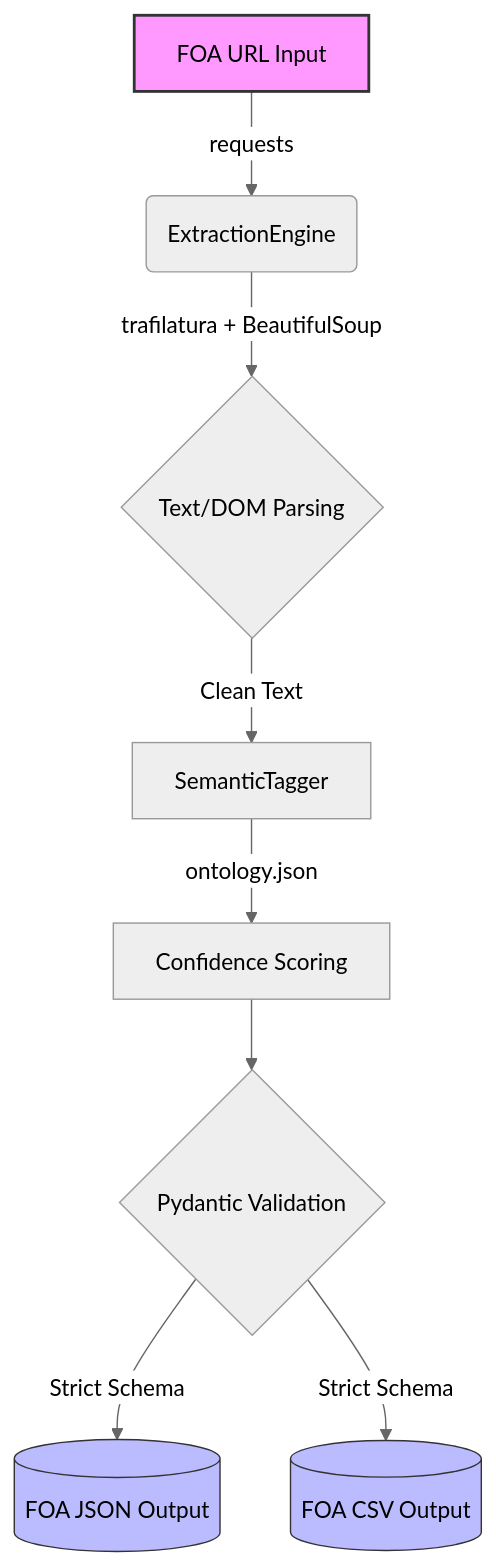
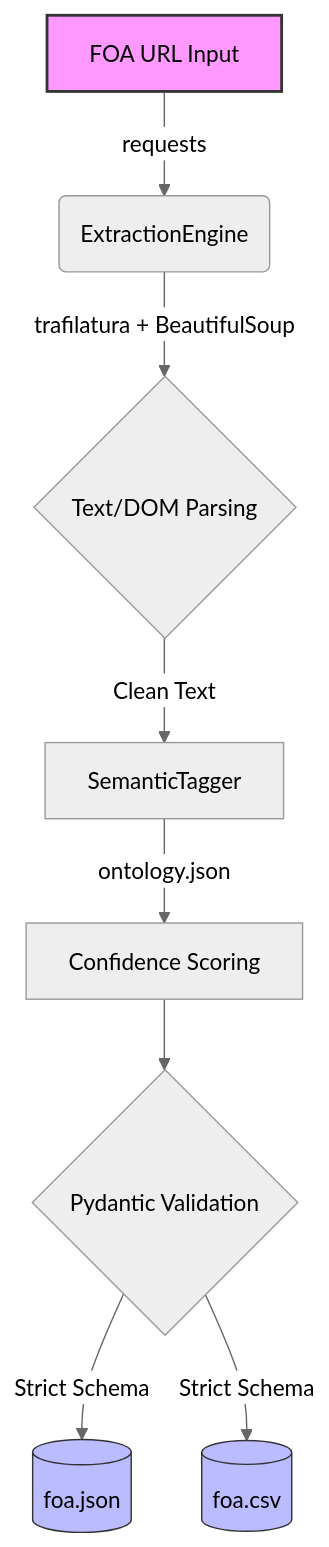
The diagram in README.md (eskayML/gsoc2026-issr4-foa-ingestion), drawn with Mermaid (neutral theme) before and after one commit. The commit also changed other lines of this file, not shown here.

````diff
--- a/README.md
+++ b/README.md
@@ -10,14 +11,14 @@
 ```mermaid
 graph TD
     A[FOA URL Input] -->|requests| B(ExtractionEngine)
     B -->|trafilatura + BeautifulSoup| C{Text/DOM Parsing}
     C -->|Clean Text| D[SemanticTagger]
     D -->|ontology.json| E[Confidence Scoring]
     E --> F{Pydantic Validation}
-    F -->|Strict Schema| G[(FOA JSON Output)]
-    F -->|Strict Schema| H[(FOA CSV Output)]
+    F -->|Strict Schema| G[(foa.json)]
+    F -->|Strict Schema| H[(foa.csv)]
     
     style A fill:#f9f,stroke:#333,stroke-width:2px
     style G fill:#bbf,stroke:#333,stroke-width:1px
     style H fill:#bbf,stroke:#333,stroke-width:1px
 ```
````
